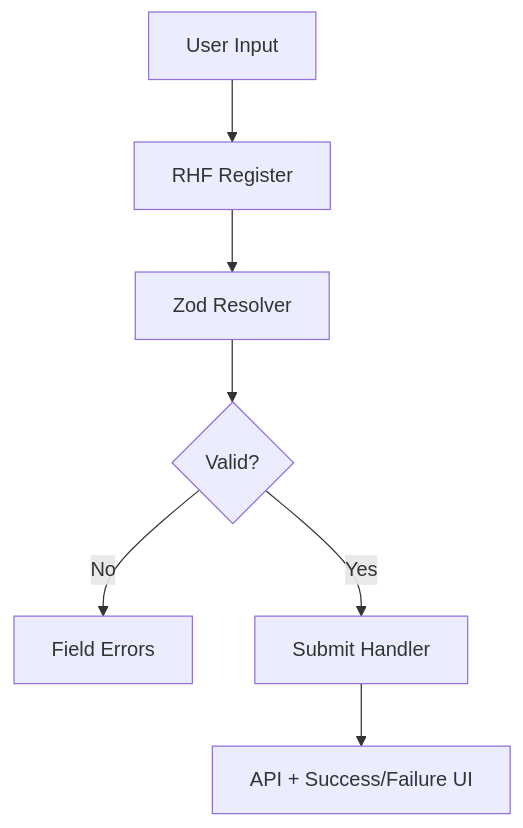
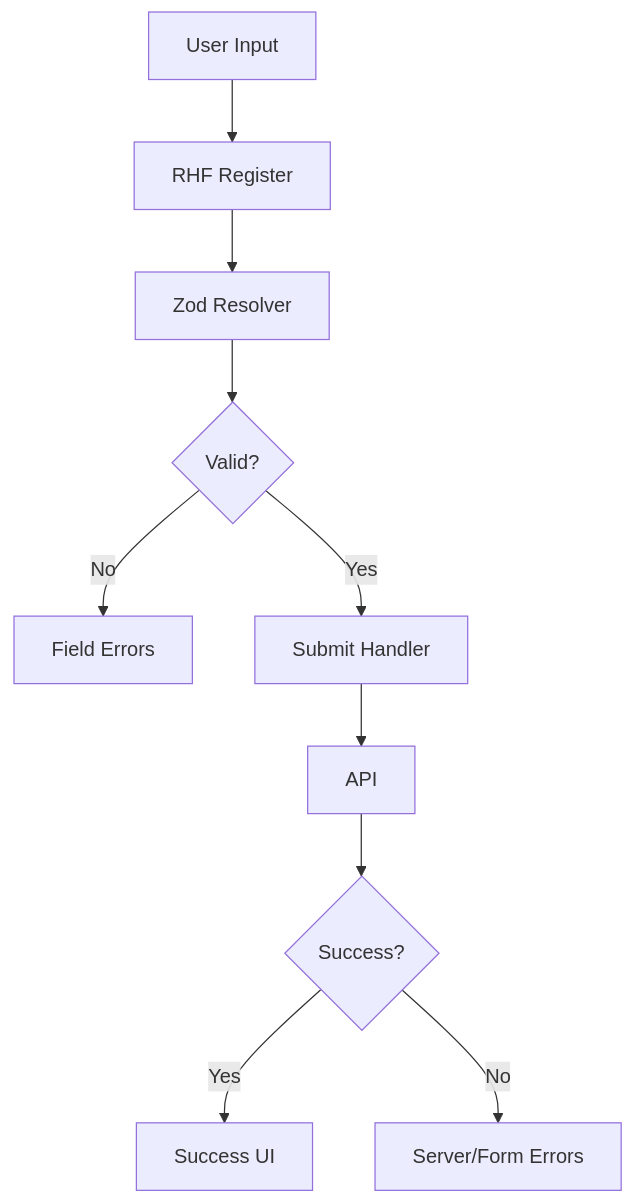
One commit to kaushalkumar8459/CodingTerminal-Tutorial-Notes changed the diagram in tutorial-platform/public/tutorials/react/day-066-advanced-forms-with-rhf-zod.md. Above: the diagram before and after it, drawn with Mermaid. The commit also changed other lines of this file, not shown here.

````diff
--- a/tutorial-platform/public/tutorials/react/day-066-advanced-forms-with-rhf-zod.md
+++ b/tutorial-platform/public/tutorials/react/day-066-advanced-forms-with-rhf-zod.md
@@ -181,9 +312,12 @@
 ```mermaid
 flowchart TD
 		A[User Input] --> B[RHF Register]
 		B --> C[Zod Resolver]
 		C --> D{Valid?}
 		D -->|No| E[Field Errors]
 		D -->|Yes| F[Submit Handler]
-		F --> G[API + Success/Failure UI]
+		F --> G[API]
+		G --> H{Success?}
+		H -->|Yes| I[Success UI]
+		H -->|No| J[Server/Form Errors]
 ```
````
